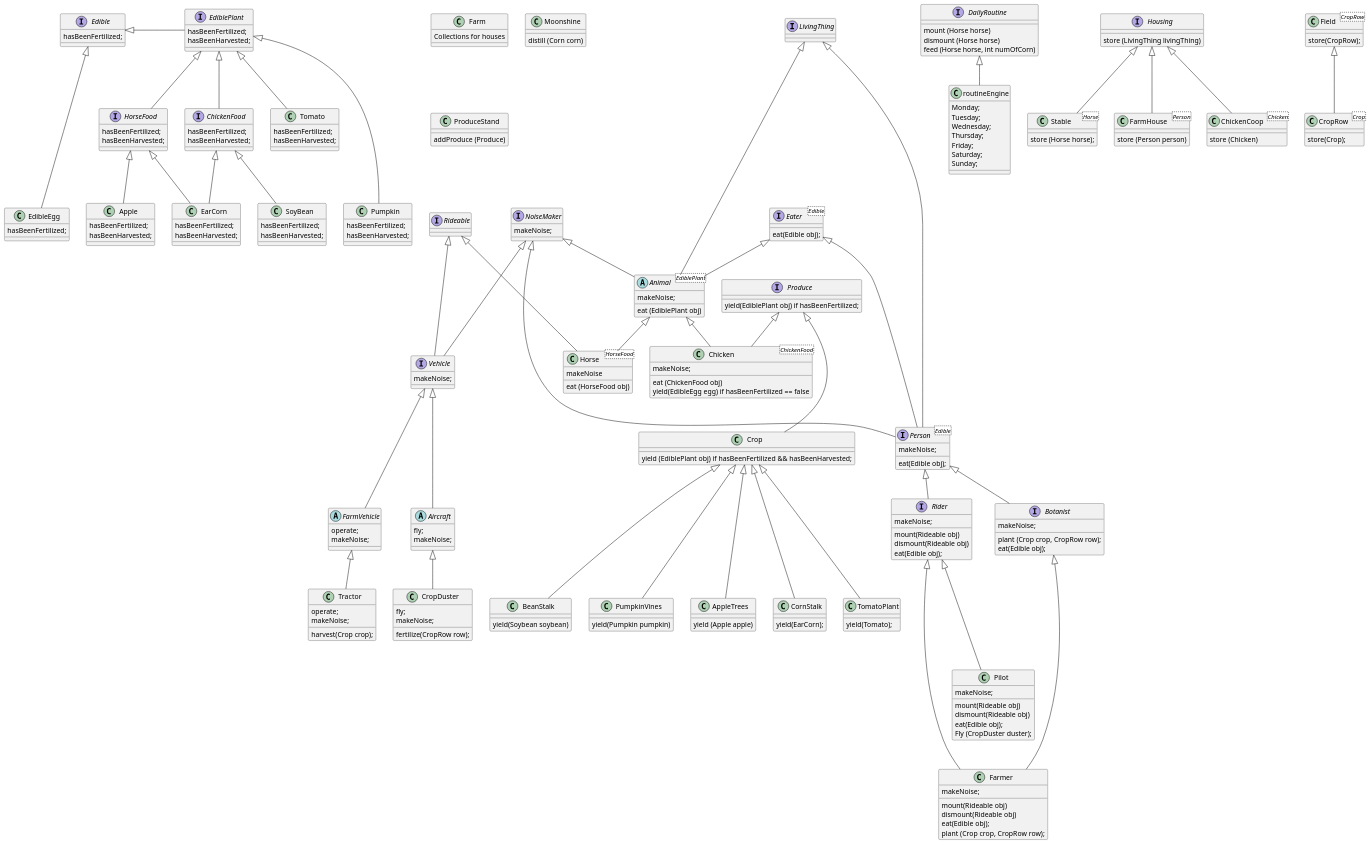
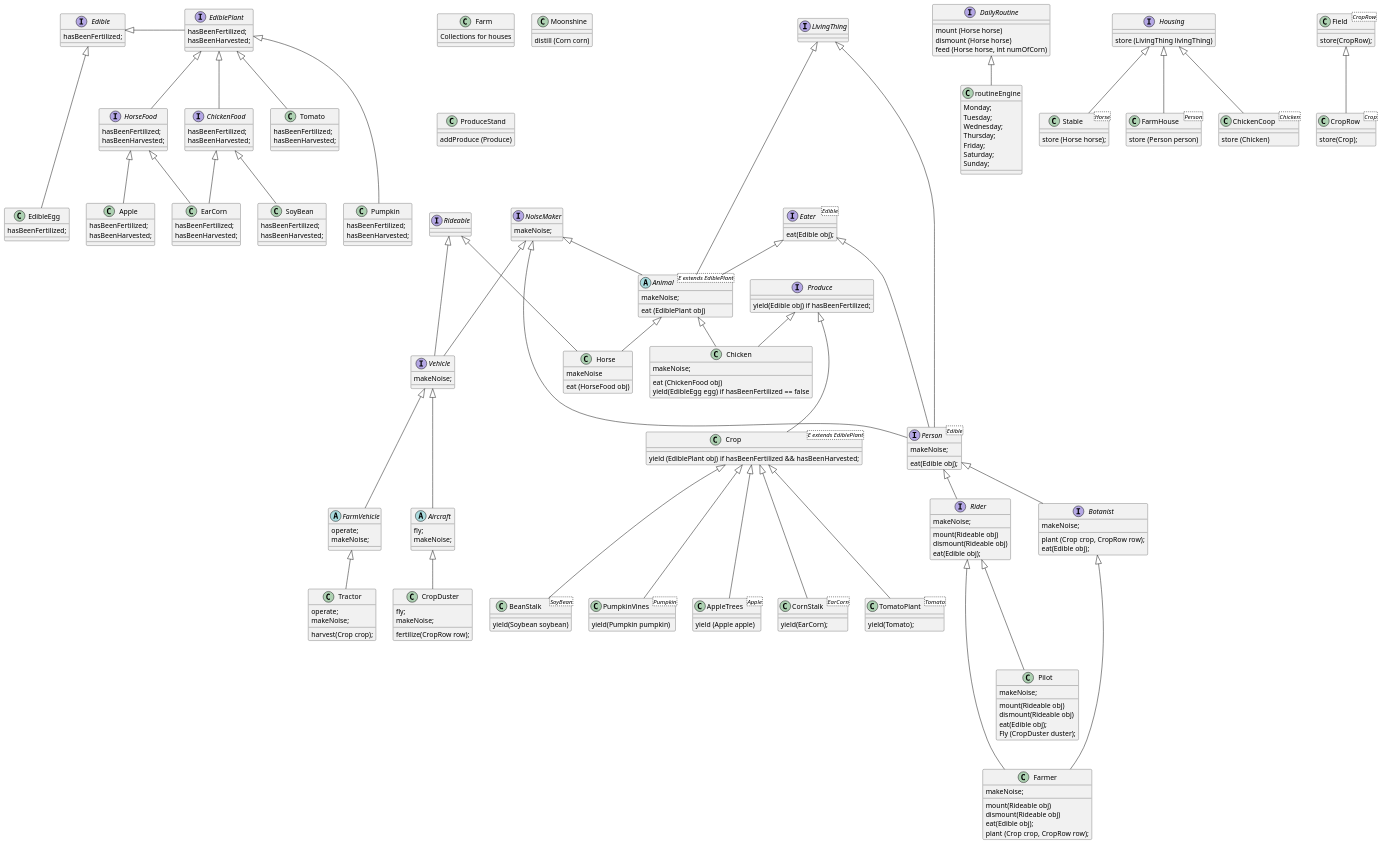
Before and after one commit to gregdon13/Maven.FarmerFroilan: the diagram in Farm.puml, drawn with PlantUML. The commit also changed 1 other file, not shown here.

```diff
--- a/Farm.puml
+++ b/Farm.puml
@@ -1,8 +1,7 @@
 @startuml
 'https://plantuml.com/class-diagram
 
-
-abstract class Animal<EdiblePlant> {
+abstract class Animal<E extends EdiblePlant> {
 eat (EdiblePlant obj)
 makeNoise;
 }
@@ -40,7 +39,7 @@
 }
 interface Rideable {}
 interface Produce {
-yield(EdiblePlant obj) if hasBeenFertilized;
+yield(Edible obj) if hasBeenFertilized;
 }
 interface Vehicle {
 makeNoise;
@@ -73,11 +72,11 @@
 class Farm {
 Collections for houses
 }
-class Horse<HorseFood> {
+class Horse {
 makeNoise
 eat (HorseFood obj)
 }
-class Chicken<ChickenFood> {
+class Chicken {
 eat (ChickenFood obj)
 makeNoise;
 yield(EdibleEgg egg) if hasBeenFertilized == false
@@ -91,38 +90,38 @@
 class CropRow<Crop> {
 store(Crop);
 }
-class Crop {
+class Crop <E extends EdiblePlant>{
 yield (EdiblePlant obj) if hasBeenFertilized && hasBeenHarvested;
 }
-class CornStalk {
+class CornStalk<EarCorn> {
 yield(EarCorn);
 }
 class EarCorn {
 hasBeenFertilized;
 hasBeenHarvested;
 }
-class TomatoPlant {
+class TomatoPlant<Tomato> {
 yield(Tomato);
 }
 class Tomato {
 hasBeenFertilized;
 hasBeenHarvested;
 }
-class BeanStalk {
+class BeanStalk <SoyBean> {
 yield(Soybean soybean)
 }
 class SoyBean {
 hasBeenFertilized;
 hasBeenHarvested;
 }
-class PumpkinVines {
+class PumpkinVines<Pumpkin> {
 yield(Pumpkin pumpkin)
 }
 class Pumpkin {
 hasBeenFertilized;
 hasBeenHarvested;
 }
-class AppleTrees {
+class AppleTrees<Apple> {
 yield (Apple apple)
 }
 class Apple {
```
